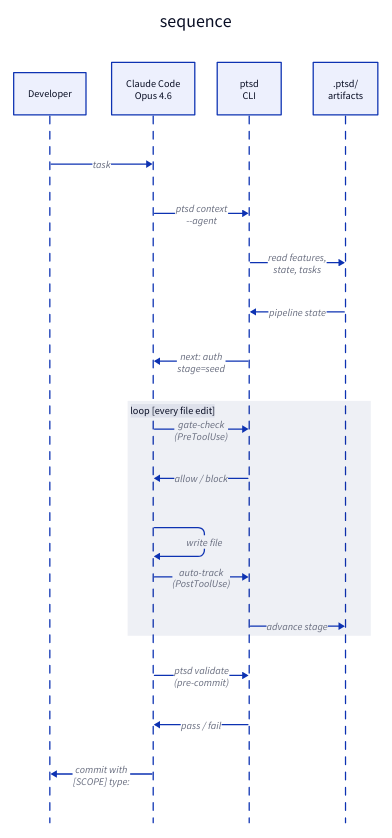
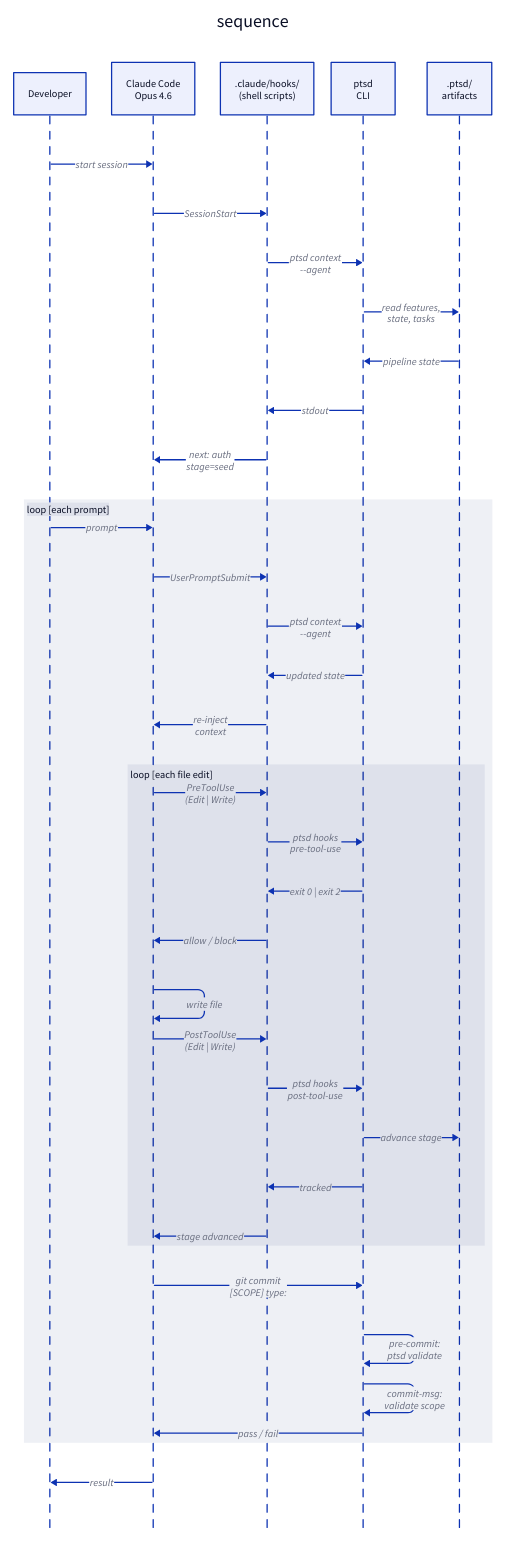
Before and after one commit to veschin/PTSD: the diagram in docs/architecture.d2, drawn with D2. The commit also changed 1 other file, not shown here.

Commit message:
[STATUS] update: architecture diagram — nested loops, hooks as actors

```diff
--- a/docs/architecture.d2
+++ b/docs/architecture.d2
@@ -1,30 +1,60 @@
 sequence: {
   shape: sequence_diagram
 
   dev_user: Developer
   j_claude: "Claude Code\nOpus 4.6"
+  ops_hooks: ".claude/hooks/\n(shell scripts)"
   ops_ptsd: "ptsd\nCLI"
   db_state: ".ptsd/\nartifacts"
 
-  # Session start — ptsd injects pipeline state
-  dev_user -> j_claude: task
-  j_claude -> ops_ptsd: "ptsd context\n--agent"
+  dev_user -> j_claude: "start session"
+
+  # SessionStart hook
+  j_claude -> ops_hooks: SessionStart
+  ops_hooks -> ops_ptsd: "ptsd context\n--agent"
   ops_ptsd -> db_state: "read features,\nstate, tasks"
   db_state -> ops_ptsd: pipeline state
-  ops_ptsd -> j_claude: "next: auth\nstage=seed"
+  ops_ptsd -> ops_hooks: stdout
+  ops_hooks -> j_claude: "next: auth\nstage=seed"
 
-  # Enforcement loop
-  enforce: {
-    label: "loop [every file edit]"
-    j_claude -> ops_ptsd: "gate-check\n(PreToolUse)"
-    ops_ptsd -> j_claude: "allow / block"
-    j_claude -> j_claude: "write file"
-    j_claude -> ops_ptsd: "auto-track\n(PostToolUse)"
-    ops_ptsd -> db_state: advance stage
+  # Session loop — one per user prompt
+  session: {
+    label: "loop [each prompt]"
+
+    dev_user -> j_claude: prompt
+
+    # UserPromptSubmit hook — re-inject state
+    j_claude -> ops_hooks: UserPromptSubmit
+    ops_hooks -> ops_ptsd: "ptsd context\n--agent"
+    ops_ptsd -> ops_hooks: "updated state"
+    ops_hooks -> j_claude: "re-inject\ncontext"
+
+    # Edit loop — one per file write
+    edits: {
+      label: "loop [each file edit]"
+
+      # PreToolUse — gate-check
+      j_claude -> ops_hooks: "PreToolUse\n(Edit | Write)"
+      ops_hooks -> ops_ptsd: "ptsd hooks\npre-tool-use"
+      ops_ptsd -> ops_hooks: "exit 0 | exit 2"
+      ops_hooks -> j_claude: "allow / block"
+
+      j_claude -> j_claude: "write file"
+
+      # PostToolUse — auto-track
+      j_claude -> ops_hooks: "PostToolUse\n(Edit | Write)"
+      ops_hooks -> ops_ptsd: "ptsd hooks\npost-tool-use"
+      ops_ptsd -> db_state: "advance stage"
+      ops_ptsd -> ops_hooks: tracked
+      ops_hooks -> j_claude: "stage advanced"
+    }
+
+    # Commit — git hooks
+    j_claude -> ops_ptsd: "git commit\n[SCOPE] type:"
+    ops_ptsd -> ops_ptsd: "pre-commit:\nptsd validate"
+    ops_ptsd -> ops_ptsd: "commit-msg:\nvalidate scope"
+    ops_ptsd -> j_claude: "pass / fail"
   }
 
-  # Commit
-  j_claude -> ops_ptsd: "ptsd validate\n(pre-commit)"
-  ops_ptsd -> j_claude: "pass / fail"
-  j_claude -> dev_user: "commit with\n[SCOPE] type:"
+  j_claude -> dev_user: "result"
 }
```
